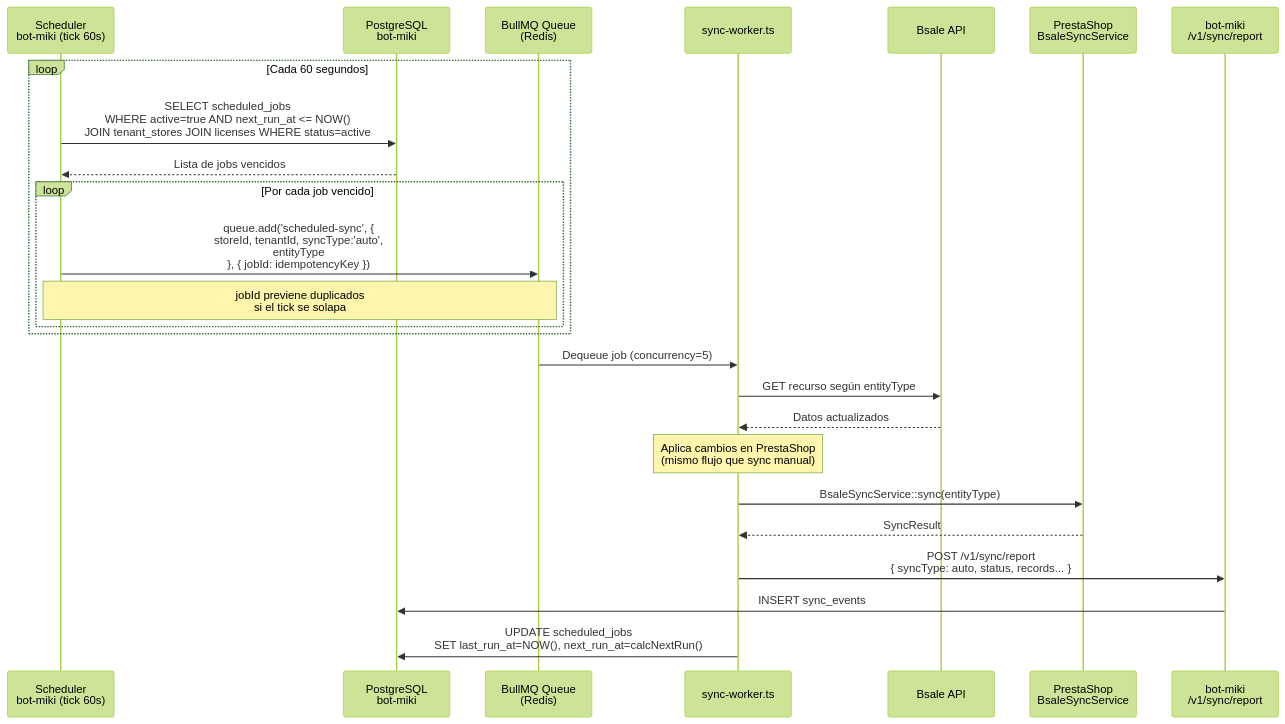
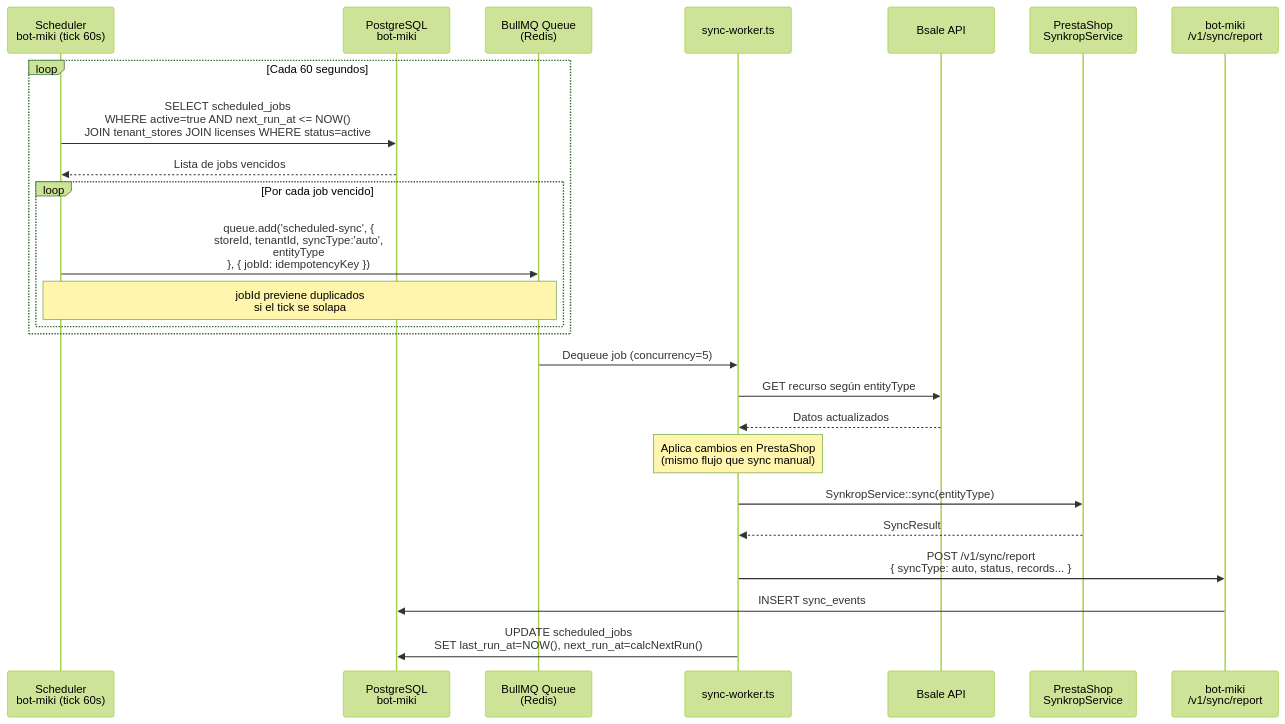
Before and after one commit to Jpcorp/kpcrop-latam-zollner-platform: the third of 6 diagrams in docs/architecture/flows/prestashop-sync-flows.md, drawn with Mermaid (forest theme). The commit also changed other lines of this file and 36 other files, not shown here.

First line of the commit message:
refactor: renombrar producto de BsaleSync a Synkrop en todo el proyecto

````diff
--- a/docs/architecture/flows/prestashop-sync-flows.md
+++ b/docs/architecture/flows/prestashop-sync-flows.md
@@ -141,33 +141,33 @@
 ```mermaid
 sequenceDiagram
     participant SCH as Scheduler<br/>bot-miki (tick 60s)
     participant DB_BM as PostgreSQL<br/>bot-miki
     participant Q as BullMQ Queue<br/>(Redis)
     participant WRK as sync-worker.ts
     participant BSALE as Bsale API
-    participant PS as PrestaShop<br/>BsaleSyncService
+    participant PS as PrestaShop<br/>SynkropService
     participant RPT as bot-miki<br/>/v1/sync/report
 
     loop Cada 60 segundos
         SCH->>DB_BM: SELECT scheduled_jobs<br/>WHERE active=true AND next_run_at <= NOW()<br/>JOIN tenant_stores JOIN licenses WHERE status=active
         DB_BM-->>SCH: Lista de jobs vencidos
 
         loop Por cada job vencido
             SCH->>Q: queue.add('scheduled-sync', {<br/>  storeId, tenantId, syncType:'auto',<br/>  entityType<br/>}, { jobId: idempotencyKey })
             Note over SCH,Q: jobId previene duplicados<br/>si el tick se solapa
         end
     end
 
     Q->>WRK: Dequeue job (concurrency=5)
     WRK->>BSALE: GET recurso según entityType
     BSALE-->>WRK: Datos actualizados
 
     Note over WRK: Aplica cambios en PrestaShop<br/>(mismo flujo que sync manual)
-    WRK->>PS: BsaleSyncService::sync(entityType)
+    WRK->>PS: SynkropService::sync(entityType)
     PS-->>WRK: SyncResult
 
     WRK->>RPT: POST /v1/sync/report<br/>{ syncType: auto, status, records... }
     RPT->>DB_BM: INSERT sync_events
 
     WRK->>DB_BM: UPDATE scheduled_jobs<br/>SET last_run_at=NOW(), next_run_at=calcNextRun()
 ```
````
